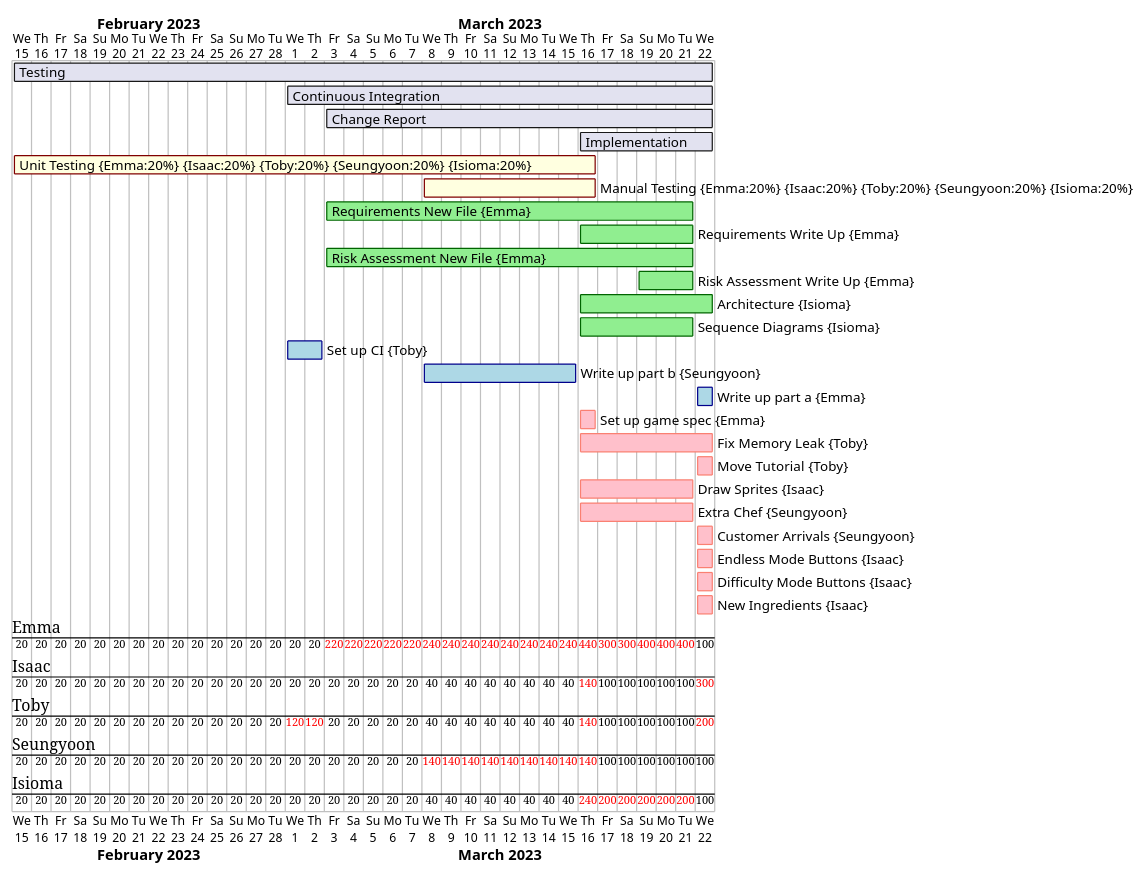
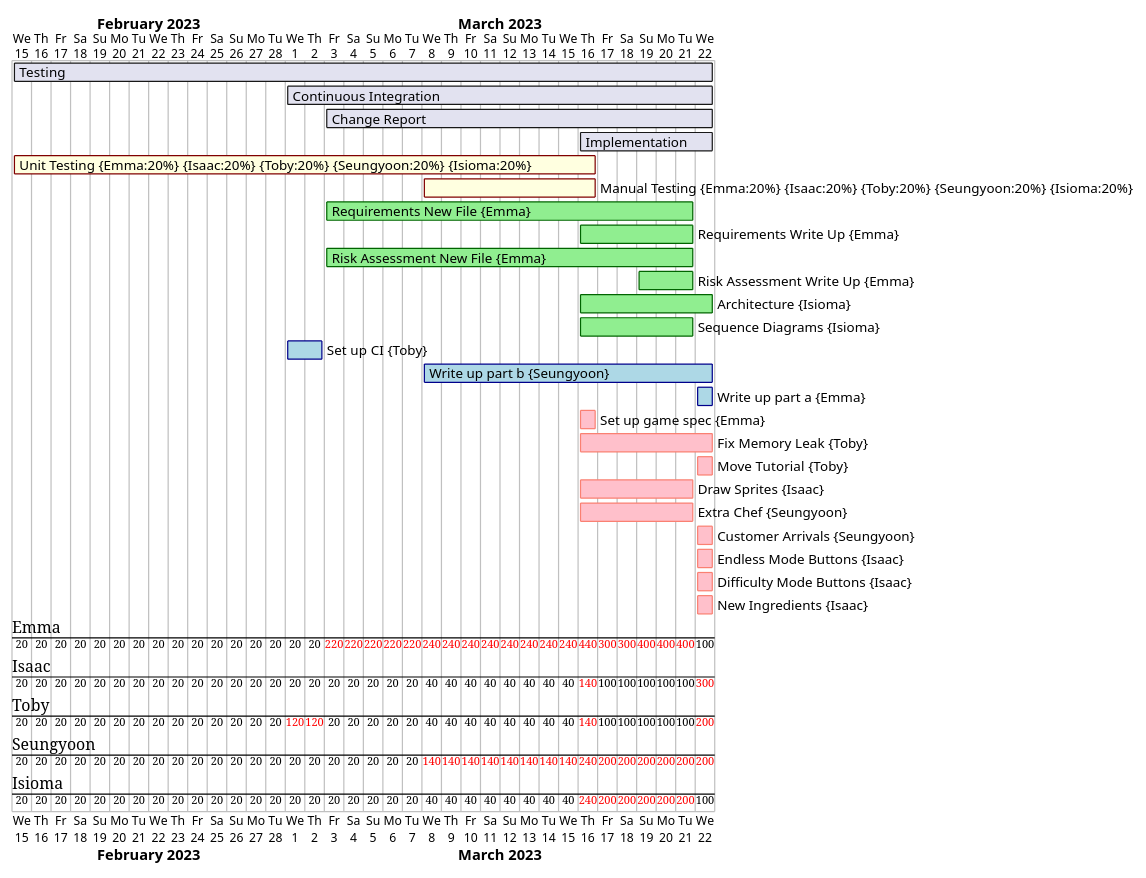
One commit to AsimovENG1/project_eng1_team3 changed the diagram in gantts/Week5.puml. Above: the diagram before and after it, drawn with PlantUML. The commit also changed 6 other files, not shown here.

```diff
--- a/gantts/Week5.puml
+++ b/gantts/Week5.puml
@@ -1,37 +1,37 @@
 @startgantt
 
 Project starts 2023-02-15
 
 [Testing] starts 2023-02-15
 [Testing] lasts 36 days
 [Continuous Integration] starts 2023-03-01
 [Continuous Integration] lasts 22 days
 [Change Report] starts 2023-03-03
 [Change Report] lasts 20 days
 [Implementation] starts 2023-03-16
 [Implementation] lasts 7 days
 
 [Unit Testing] on {Emma:20%} {Isaac:20%} {Toby:20%} {Seungyoon:20%} {Isioma:20%} starts 2023-02-15 and ends 2023-03-16 and is colored in LightYellow/Maroon
 [Manual Testing] on {Emma:20%} {Isaac:20%} {Toby:20%} {Seungyoon:20%} {Isioma:20%} starts 2023-03-08 and ends 2023-03-16 and is colored in LightYellow/Maroon
 
 [Requirements New File] on {Emma:100%} starts 2023-03-03 and ends 2023-03-21 and is colored in LightGreen/DarkGreen
 [Requirements Write Up] on {Emma:100%} starts 2023-03-16 and ends 2023-03-21 and is colored in LightGreen/DarkGreen
 [Risk Assessment New File] on {Emma:100%} starts 2023-03-03 and ends 2023-03-21 and is colored in LightGreen/DarkGreen
 [Risk Assessment Write Up] on {Emma:100%} starts 2023-03-19 and ends 2023-03-21 and is colored in LightGreen/DarkGreen
 [Architecture] on {Isioma:100%} starts 2023-03-16 and ends 2023-03-22 and is colored in LightGreen/DarkGreen
 [Sequence Diagrams] on {Isioma:100%} starts 2023-03-16 and ends 2023-03-21 and is colored in LightGreen/DarkGreen
 
 [Set up CI] on {Toby:100%} starts 2023-03-01 and ends 2023-03-02 and is colored in LightBlue/DarkBlue
-[Write up part b] on {Seungyoon:100%} starts 2023-03-08 and ends 2023-03-15 and is colored in LightBlue/DarkBlue
+[Write up part b] on {Seungyoon:100%} starts 2023-03-08 and ends 2023-03-22 and is colored in LightBlue/DarkBlue
 [Write up part a] on {Emma:100%} starts 2023-03-22 and ends 2023-03-22 and is colored in LightBlue/DarkBlue
 
 [Set up game spec] on {Emma:100%} starts 2023-03-16 and ends 2023-03-16 and is colored in Pink/Salmon
 [Fix Memory Leak] on {Toby:100%} starts 2023-03-16 and ends 2023-03-22 and is colored in Pink/Salmon
 [Move Tutorial] on {Toby:100%} starts 2023-03-22 and ends 2023-03-22 and is colored in Pink/Salmon
 [Draw Sprites] on {Isaac:100%} starts 2023-03-16 and ends 2023-03-21 and is colored in Pink/Salmon
 [Extra Chef] on {Seungyoon:100%} starts 2023-03-16 and ends 2023-03-21 and is colored in Pink/Salmon
 [Customer Arrivals] on {Seungyoon:100%} starts 2023-03-22 and ends 2023-03-22 and is colored in Pink/Salmon
 [Endless Mode Buttons] on {Isaac:100%} starts 2023-03-22 and ends 2023-03-22 and is colored in Pink/Salmon
 [Difficulty Mode Buttons] on {Isaac:100%} starts 2023-03-22 and ends 2023-03-22 and is colored in Pink/Salmon
 [New Ingredients] on {Isaac:100%} starts 2023-03-22 and ends 2023-03-22 and is colored in Pink/Salmon
 @endgantt
```
